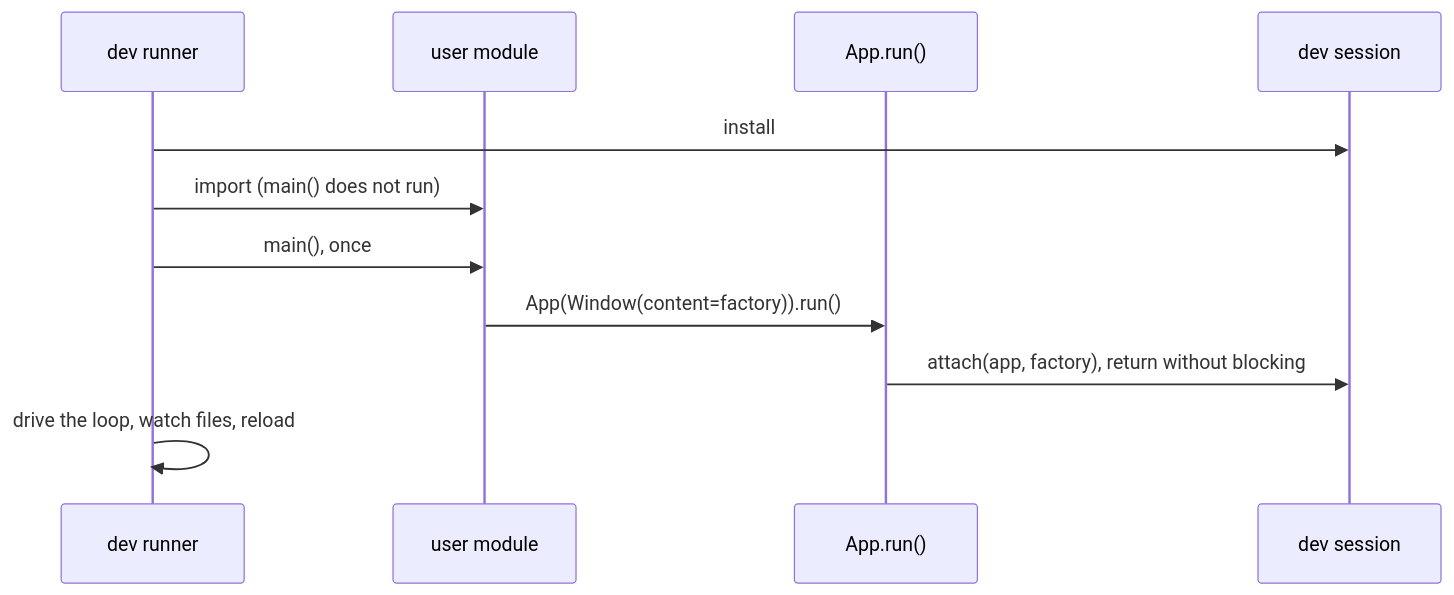
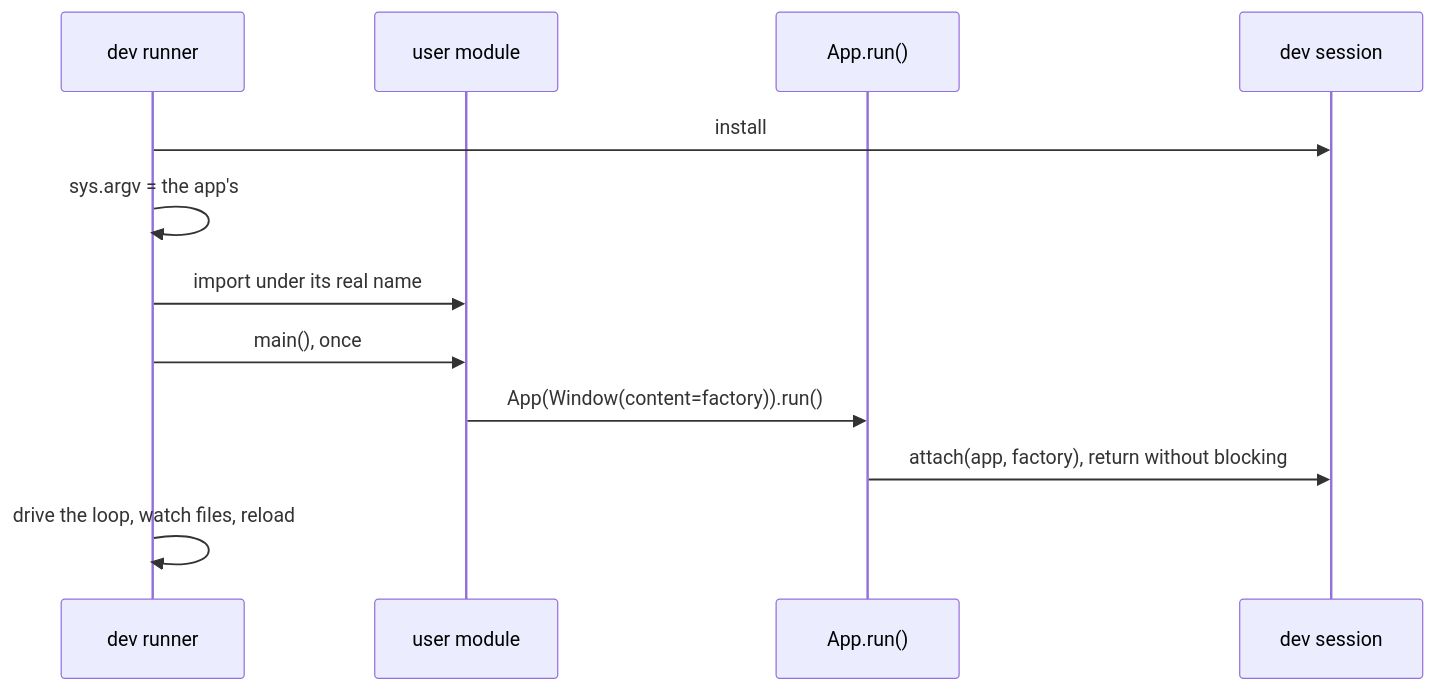
The third of 7 diagrams in docs/design/HOT_RELOAD.md (yuksblog/nuiitivet), drawn with Mermaid before and after one commit. The commit also changed other lines of this file and 35 other files, not shown here.

````diff
--- a/docs/design/HOT_RELOAD.md
+++ b/docs/design/HOT_RELOAD.md
@@ -45,13 +87,15 @@
 ```mermaid
 sequenceDiagram
     participant R as dev runner
     participant M as user module
     participant A as App.run()
     participant S as dev session
+
     R->>S: install
-    R->>M: import (main() does not run)
+    R->>R: sys.argv = the app's
+    R->>M: import under its real name
     R->>M: main(), once
     M->>A: App(Window(content=factory)).run()
     A->>S: attach(app, factory), return without blocking
     R->>R: drive the loop, watch files, reload
 ```
````
